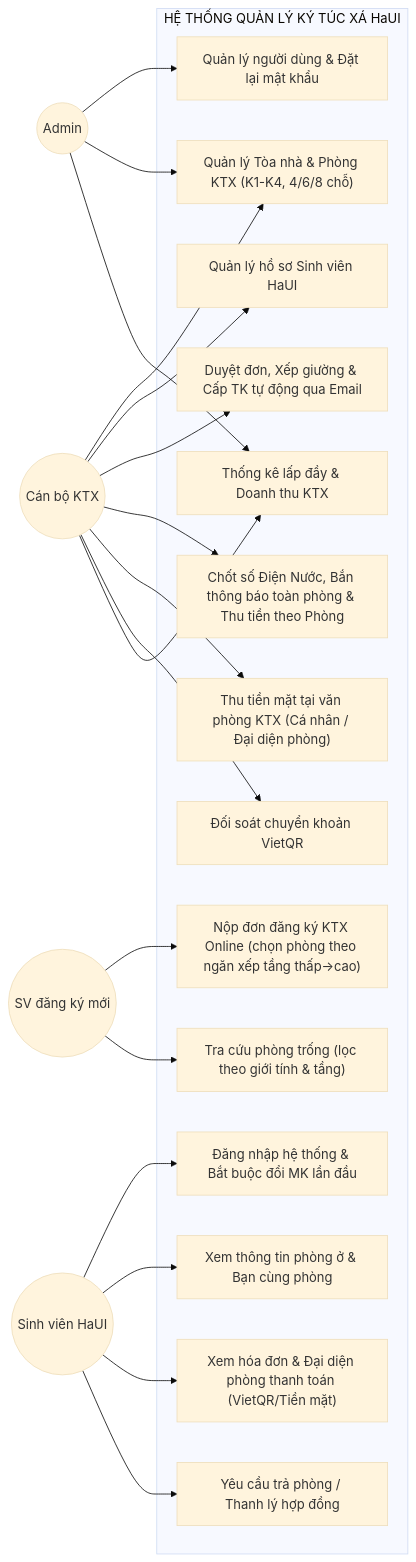
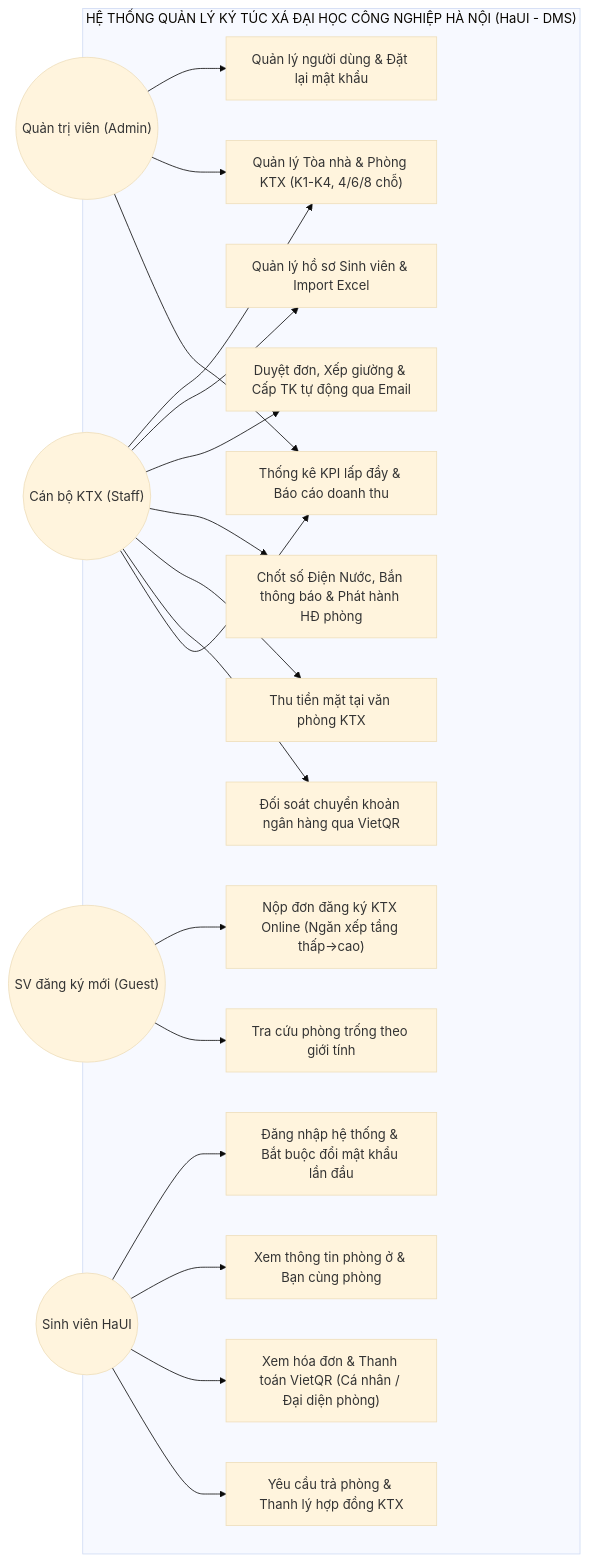
The diagram in docs/BAO_CAO_CHUONG_2.md (khanhvx2005/BE_QLKTX), drawn with Mermaid (base theme) before and after one commit. The commit also changed other lines of this file and 89 other files, not shown here.

````diff
--- a/docs/BAO_CAO_CHUONG_2.md
+++ b/docs/BAO_CAO_CHUONG_2.md
@@ -191,41 +68,41 @@
 ```mermaid
 flowchart LR
-    Admin(("Admin"))
-    Staff(("Cán bộ KTX"))
+    Admin(("Quản trị viên (Admin)"))
+    Staff(("Cán bộ KTX (Staff)"))
     Student(("Sinh viên HaUI"))
-    Guest(("SV đăng ký mới"))
+    Guest(("SV đăng ký mới (Guest)"))
 
-    subgraph SYS["HỆ THỐNG QUẢN LÝ KÝ TÚC XÁ HaUI"]
+    subgraph SYS["HỆ THỐNG QUẢN LÝ KÝ TÚC XÁ ĐẠI HỌC CÔNG NGHIỆP HÀ NỘI (HaUI - DMS)"]
         UC1["Quản lý người dùng & Đặt lại mật khẩu"]
         UC2["Quản lý Tòa nhà & Phòng KTX (K1-K4, 4/6/8 chỗ)"]
-        UC3["Quản lý hồ sơ Sinh viên HaUI"]
+        UC3["Quản lý hồ sơ Sinh viên & Import Excel"]
         UC4["Duyệt đơn, Xếp giường & Cấp TK tự động qua Email"]
-        UC5["Chốt số Điện Nước, Bắn thông báo toàn phòng & Thu tiền theo Phòng"]
-        UC6["Thu tiền mặt tại văn phòng KTX (Cá nhân / Đại diện phòng)"]
-        UC7["Đối soát chuyển khoản VietQR"]
-        UC8["Thống kê lấp đầy & Doanh thu KTX"]
-        UC9["Đăng nhập hệ thống & Bắt buộc đổi MK lần đầu"]
-        UC10["Nộp đơn đăng ký KTX Online (chọn phòng theo ngăn xếp tầng thấp->cao)"]
-        UC11["Tra cứu phòng trống (lọc theo giới tính & tầng)"]
+        UC5["Chốt số Điện Nước, Bắn thông báo & Phát hành HĐ phòng"]
+        UC6["Thu tiền mặt tại văn phòng KTX"]
+        UC7["Đối soát chuyển khoản ngân hàng qua VietQR"]
+        UC8["Thống kê KPI lấp đầy & Báo cáo doanh thu"]
+        UC9["Đăng nhập hệ thống & Bắt buộc đổi mật khẩu lần đầu"]
+        UC10["Nộp đơn đăng ký KTX Online (Ngăn xếp tầng thấp->cao)"]
+        UC11["Tra cứu phòng trống theo giới tính"]
         UC12["Xem thông tin phòng ở & Bạn cùng phòng"]
-        UC13["Xem hóa đơn & Đại diện phòng thanh toán (VietQR/Tiền mặt)"]
-        UC14["Yêu cầu trả phòng / Thanh lý hợp đồng"]
+        UC13["Xem hóa đơn & Thanh toán VietQR (Cá nhân / Đại diện phòng)"]
+        UC14["Yêu cầu trả phòng & Thanh lý hợp đồng KTX"]
     end
 
     Admin --> UC1
     Admin --> UC2
     Admin --> UC8
     Staff --> UC2
     Staff --> UC3
     Staff --> UC4
     Staff --> UC5
     Staff --> UC6
     Staff --> UC7
     Staff --> UC8
     Guest --> UC10
     Guest --> UC11
     Student --> UC9
     Student --> UC12
     Student --> UC13
     Student --> UC14
 ```
````
